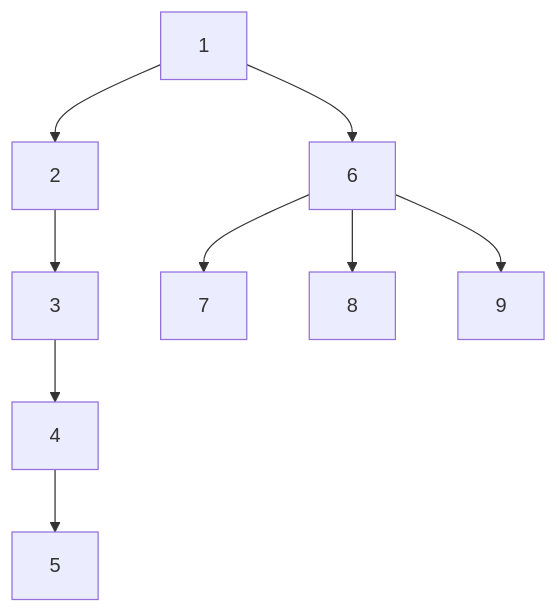
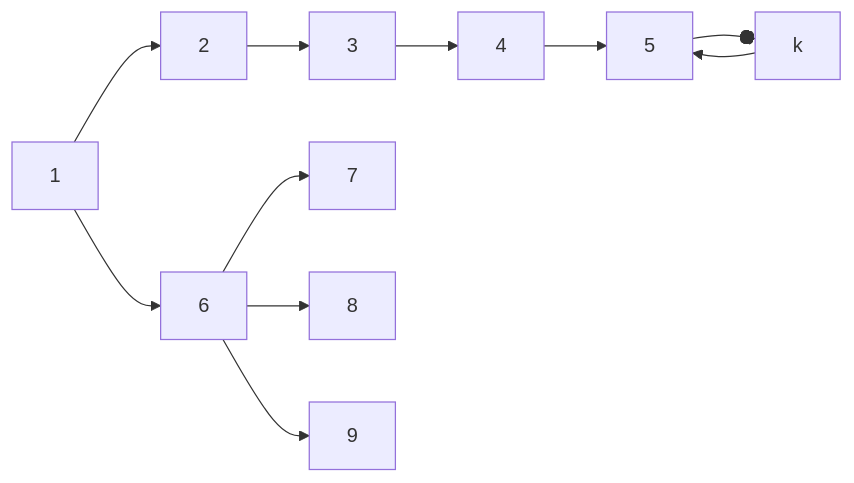
Before and after one commit to ffdy/my-note: the diagram in NOIP/算法技巧.md, drawn with Mermaid. The commit also changed other lines of this file, not shown here.

````diff
--- a/NOIP/算法技巧.md
+++ b/NOIP/算法技巧.md
@@ -12,11 +12,12 @@
 ``` mermaid
-graph TD 
+graph LR 
     1-->2
     2-->3
     3-->4
     4-->5
     1-->6
     6-->7
     6-->8
     6-->9
+    5--ok-->5
 ```
````
